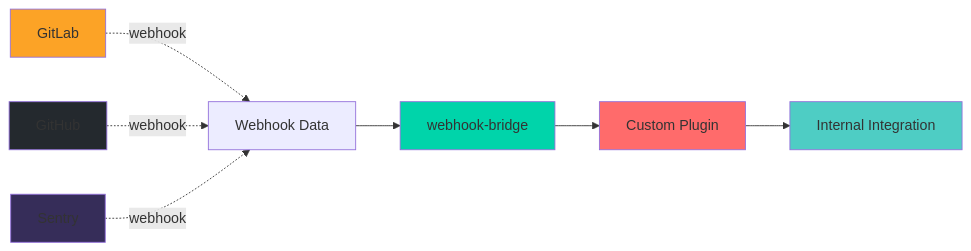
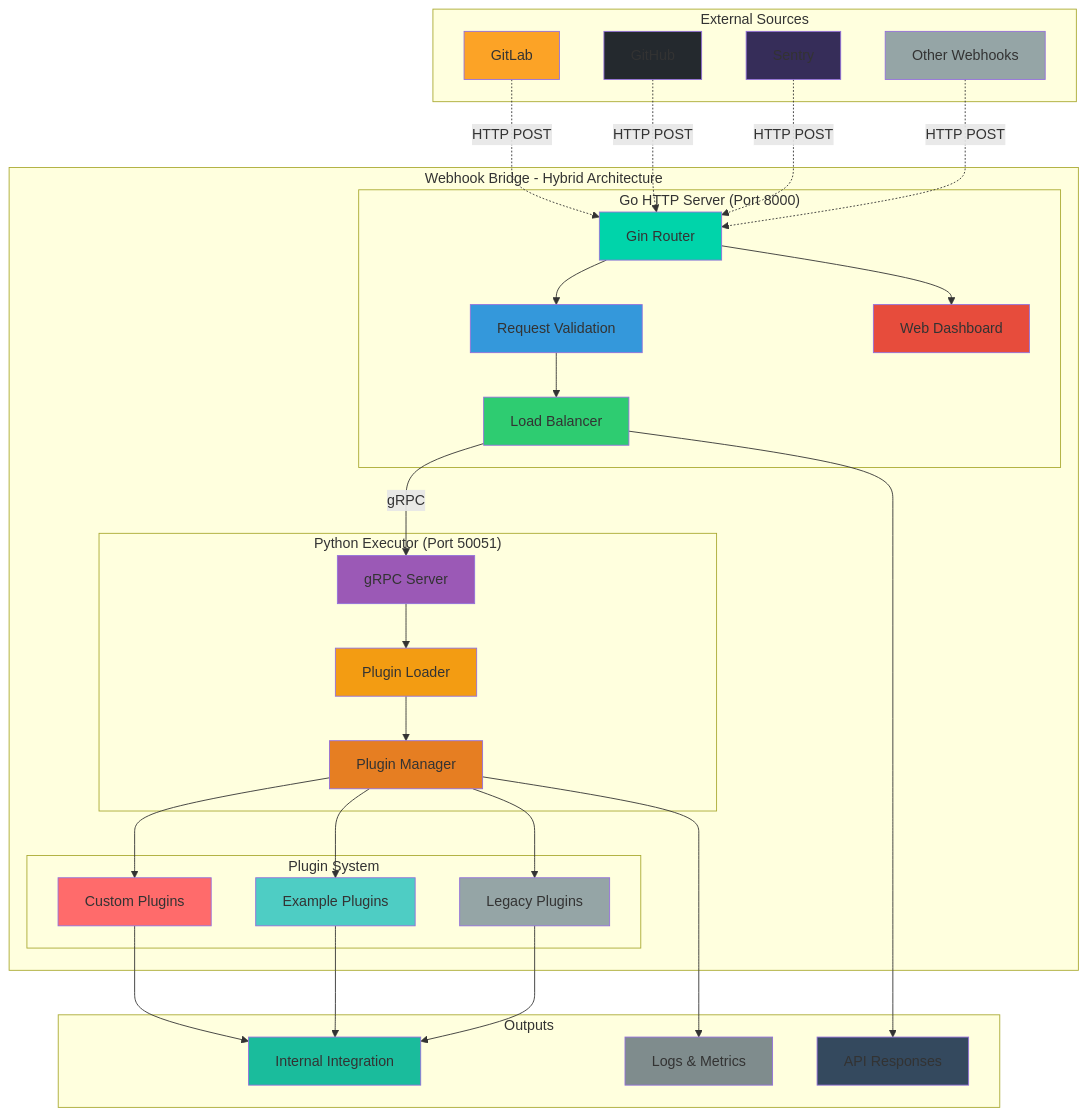
One commit to loonghao/webhook_bridge changed the diagram in README.md. Above: the diagram before and after it, drawn with Mermaid.

Commit message:
feat: update architecture flowchart to reflect hybrid Go/Python design
- Replace simple flowchart with comprehensive architecture diagram
- Show Go HTTP Server (Gin Router, Request Validation, Load Balancer, Web Dashboard)
- Display Python Executor (gRPC Server, Plugin Loader, Plugin Manager)
- Illustrate gRPC communication between Go and Python components
- Include plugin system with custom, example, and legacy plugin support
- Add proper port numbers (8000 for HTTP, 50051 for gRPC)
- Use color coding to distinguish different architectural components

The new diagram accurately represents the current hybrid architecture
described in ARCHITECTURE.md and provides better understanding of
the system's internal structure and data flow.

````diff
--- a/README.md
+++ b/README.md
@@ -18,17 +18,77 @@
 ```mermaid
-flowchart LR
-    A[GitLab] -.->|webhook| D[Webhook Data]
-    B[GitHub] -.->|webhook| D
-    C[Sentry] -.->|webhook| D
+flowchart TB
+    subgraph "External Sources"
+        A[GitLab]
+        B[GitHub]
+        C[Sentry]
+        D[Other Webhooks]
+    end
 
-    D --> E[webhook-bridge]
-    E --> F[Custom Plugin]
-    F --> G[Internal Integration]
+    subgraph "Webhook Bridge - Hybrid Architecture"
+        subgraph "Go HTTP Server (Port 8000)"
+            E[Gin Router]
+            F[Request Validation]
+            G[Load Balancer]
+            H[Web Dashboard]
+        end
+
+        subgraph "Python Executor (Port 50051)"
+            I[gRPC Server]
+            J[Plugin Loader]
+            K[Plugin Manager]
+        end
+
+        subgraph "Plugin System"
+            L[Custom Plugins]
+            M[Example Plugins]
+            N[Legacy Plugins]
+        end
+    end
+
+    subgraph "Outputs"
+        O[Internal Integration]
+        P[API Responses]
+        Q[Logs & Metrics]
+    end
+
+    A -.->|HTTP POST| E
+    B -.->|HTTP POST| E
+    C -.->|HTTP POST| E
+    D -.->|HTTP POST| E
+
+    E --> F
+    F --> G
+    G -->|gRPC| I
+    E --> H
+
+    I --> J
+    J --> K
+    K --> L
+    K --> M
+    K --> N
+
+    L --> O
+    M --> O
+    N --> O
+
+    G --> P
+    K --> Q
 
     style A fill:#FCA326
     style B fill:#24292e
     style C fill:#362D59
+    style D fill:#95A5A6
     style E fill:#00D4AA
-    style F fill:#FF6B6B
-    style G fill:#4ECDC4
+    style F fill:#3498DB
+    style G fill:#2ECC71
+    style H fill:#E74C3C
+    style I fill:#9B59B6
+    style J fill:#F39C12
+    style K fill:#E67E22
+    style L fill:#FF6B6B
+    style M fill:#4ECDC4
+    style N fill:#95A5A6
+    style O fill:#1ABC9C
+    style P fill:#34495E
+    style Q fill:#7F8C8D
 ```
````
